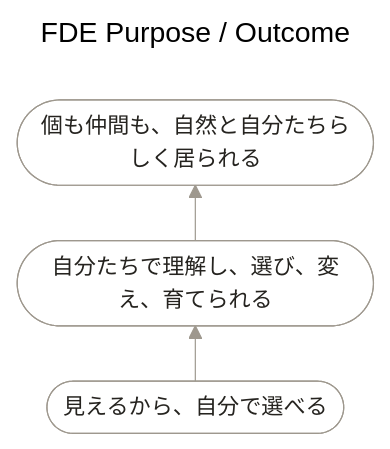
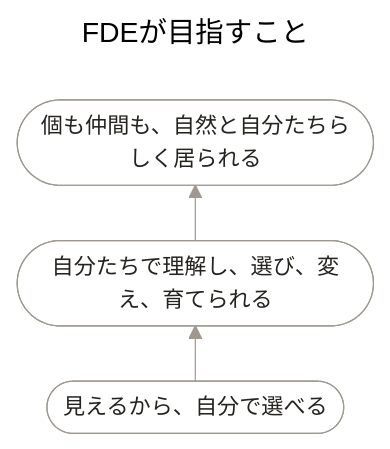
One commit to maakbo/fde changed the diagram in examples/maakbo-fde/purpose-outcome.md. Above: the diagram before and after it, drawn with Mermaid. The commit also changed other lines of this file and 22 other files, not shown here.

````diff
--- a/examples/maakbo-fde/purpose-outcome.md
+++ b/examples/maakbo-fde/purpose-outcome.md
@@ -11,31 +7,31 @@
 ```mermaid
 ---
-title: FDE Purpose / Outcome
+title: FDEが目指すこと
 config:
   layout: elk
   theme: neutral
   flowchart:
     curve: basis
     diagramPadding: 40
     htmlLabels: true
     nodeSpacing: 64
     rankSpacing: 80
     padding: 12
   themeVariables:
     background: "#FFFFFF"
     lineColor: "#9E988E"
     fontFamily: "Inter, Hiragino Sans, sans-serif"
     fontSize: "14px"
 ---
 flowchart BT
   o_enabling(["見えるから、自分で選べる"])
   s_desired(["自分たちで理解し、選び、変え、育てられる"])
   p_ultimate(["個も仲間も、自然と自分たちらしく居られる"])
 
   o_enabling --> s_desired
   s_desired --> p_ultimate
 
   class o_enabling,s_desired,p_ultimate meaning;
   classDef meaning fill:#FFFFFF,stroke:#9E988E,color:#25231F,stroke-width:0.75px;
   linkStyle default stroke:#9E988E,stroke-width:0.75px;
 ```
````
